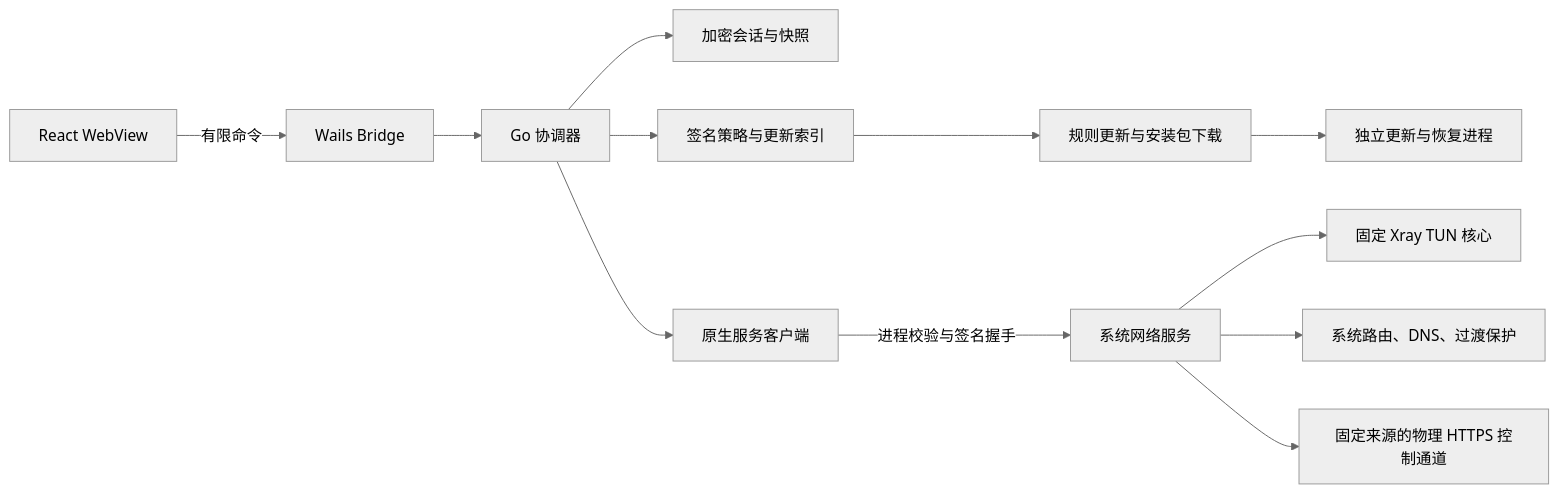
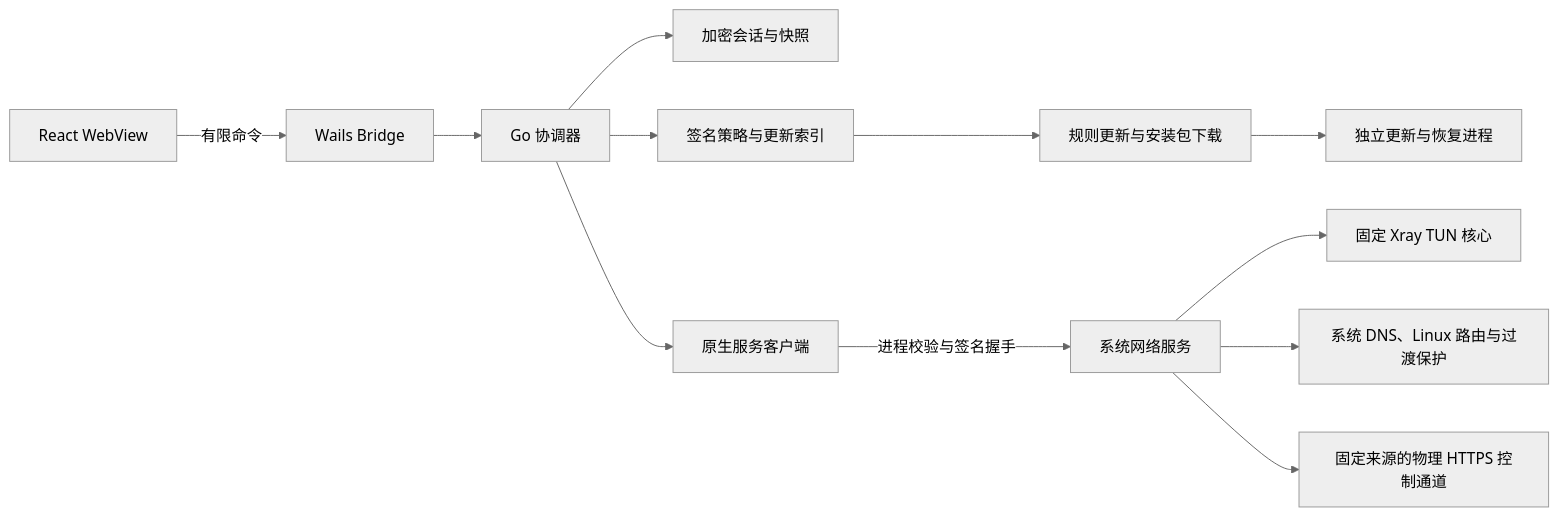
The diagram in docs/architecture.md (leoch627/fernwick), drawn with Mermaid (neutral theme) before and after one commit. The commit also changed other lines of this file and 14 other files, not shown here.

````diff
--- a/docs/architecture.md
+++ b/docs/architecture.md
@@ -3,14 +3,14 @@
 ```mermaid
 flowchart LR
   R[React WebView] -->|有限命令| P[Wails Bridge]
   P --> M[Go 协调器]
   M --> S[加密会话与快照]
   M --> V[签名策略与更新索引]
   V --> D[规则更新与安装包下载]
   M --> N[原生服务客户端]
   N -->|进程校验与签名握手| H[系统网络服务]
   H --> C[固定 Xray TUN 核心]
-  H --> O[系统路由、DNS、过渡保护]
+  H --> O[系统 DNS、Linux 路由与过渡保护]
   H --> A[固定来源的物理 HTTPS 控制通道]
   D --> U[独立更新与恢复进程]
 ```
````
